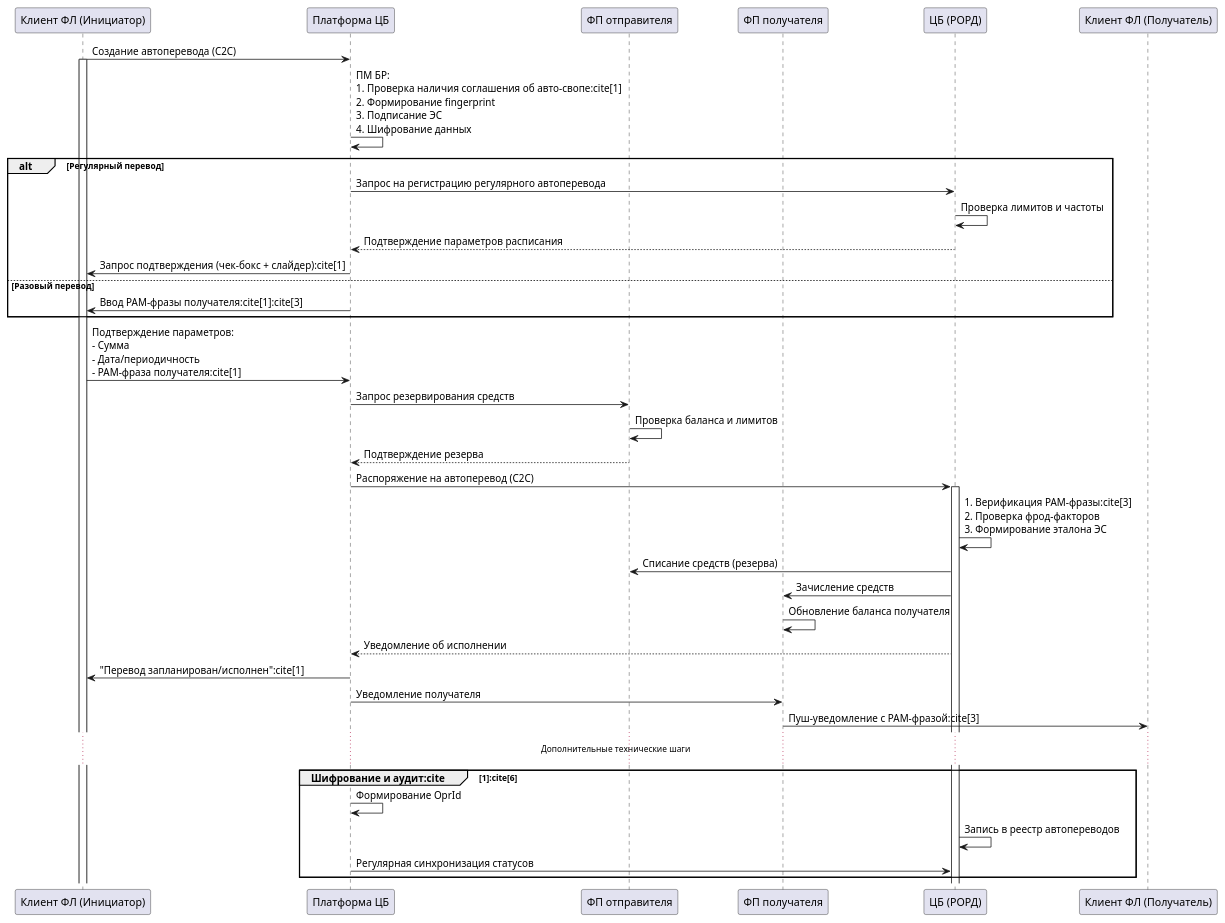
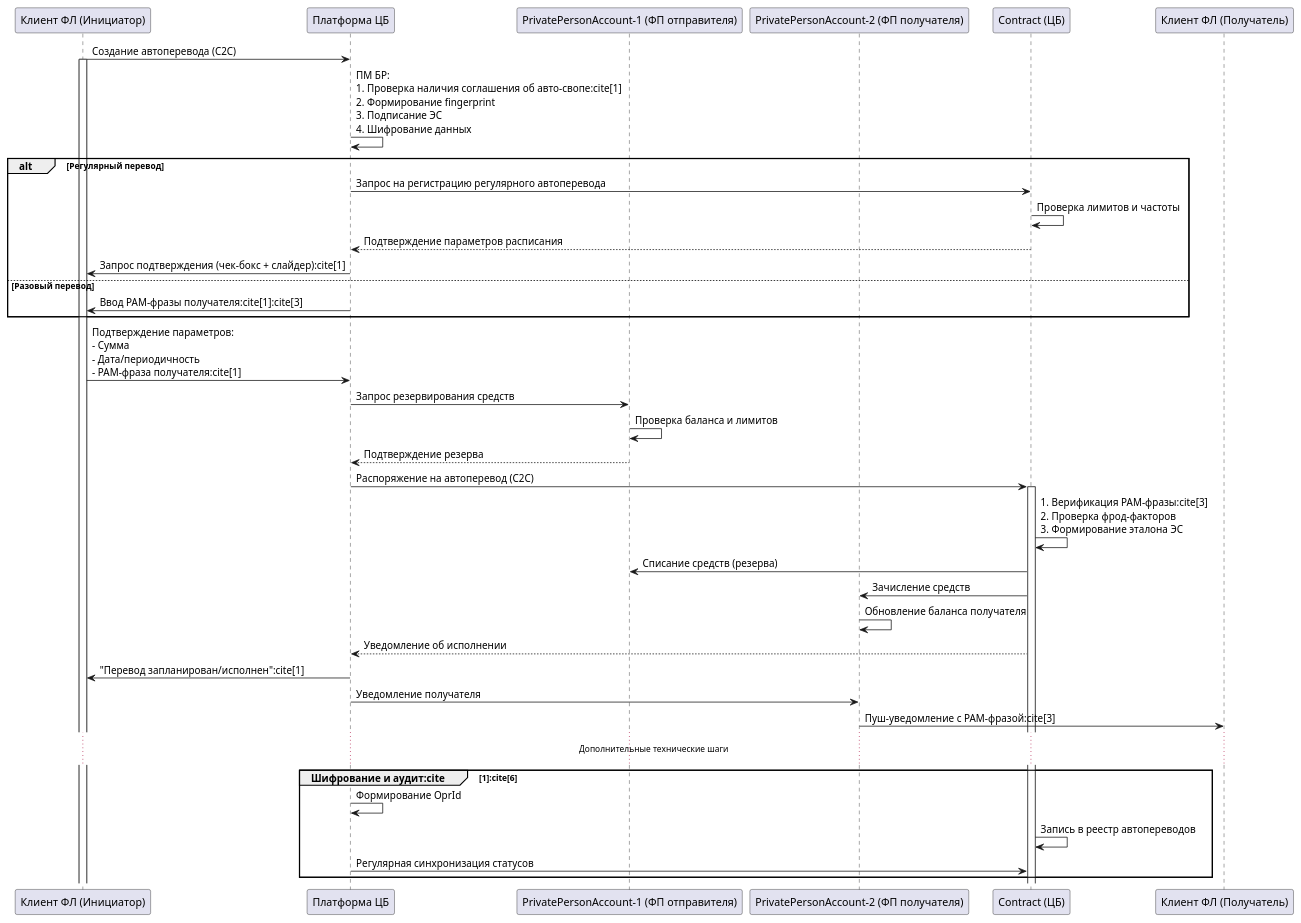
The diagram in case3.puml (codez0mb1e/cbdc-architecture), drawn with PlantUML before and after one commit.

```diff
--- a/case3.puml
+++ b/case3.puml
@@ -1,48 +1,48 @@
 @startuml
 participant "Клиент ФЛ (Инициатор)" as client_sender
 participant "Платформа ЦБ" as platform
-participant "ФП отправителя" as fp_sender
-participant "ФП получателя" as fp_receiver
-participant "ЦБ (РОРД)" as cb
+participant "PrivatePersonAccount-1 (ФП отправителя)" as fp_sender
+participant "PrivatePersonAccount-2 (ФП получателя)" as fp_receiver
+participant "Сontract (ЦБ)" as cb
 
 client_sender -> platform: Создание автоперевода (C2C)
 activate client_sender
 
 platform -> platform: ПМ БР: \n1. Проверка наличия соглашения об авто-свопе:cite[1] \n2. Формирование fingerprint \n3. Подписание ЭС \n4. Шифрование данных
 
 alt Регулярный перевод
 platform -> cb: Запрос на регистрацию регулярного автоперевода
 cb -> cb: Проверка лимитов и частоты
 cb --> platform: Подтверждение параметров расписания
 platform -> client_sender: Запрос подтверждения (чек-бокс + слайдер):cite[1]
 else Разовый перевод
 platform -> client_sender: Ввод PAM-фразы получателя:cite[1]:cite[3]
 end
 
 client_sender -> platform: Подтверждение параметров: \n- Сумма \n- Дата/периодичность \n- PAM-фраза получателя:cite[1]
 
 platform -> fp_sender: Запрос резервирования средств
 fp_sender -> fp_sender: Проверка баланса и лимитов
 fp_sender --> platform: Подтверждение резерва
 
 platform -> cb: Распоряжение на автоперевод (C2C)
 activate cb
 cb -> cb: 1. Верификация PAM-фразы:cite[3]\n2. Проверка фрод-факторов\n3. Формирование эталона ЭС
 
 cb -> fp_sender: Списание средств (резерва)
 cb -> fp_receiver: Зачисление средств
 fp_receiver -> fp_receiver: Обновление баланса получателя
 
 cb --> platform: Уведомление об исполнении
 platform -> client_sender: "Перевод запланирован/исполнен":cite[1]
 platform -> fp_receiver: Уведомление получателя
 fp_receiver -> "Клиент ФЛ (Получатель)": Пуш-уведомление с PAM-фразой:cite[3]
 
 ... Дополнительные технические шаги ...
 group Шифрование и аудит:cite[1]:cite[6]
 platform -> platform: Формирование OprId
 cb -> cb: Запись в реестр автопереводов
 platform -> cb: Регулярная синхронизация статусов
 end
 
 @enduml
```
